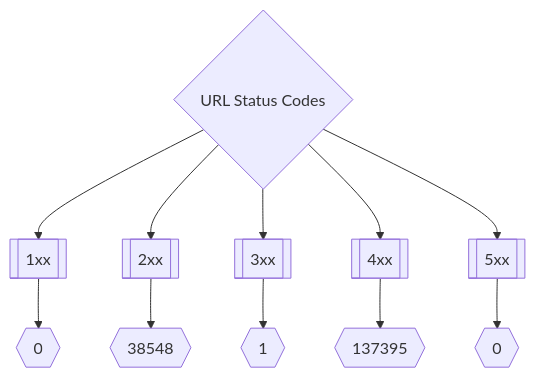
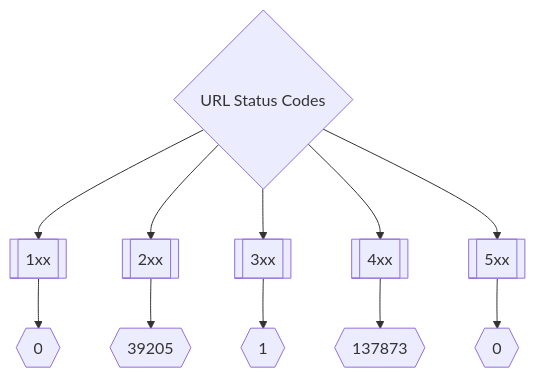
One commit to trickest/inventory changed the second of 3 diagrams in README.md. Above: the diagram before and after it, drawn with Mermaid. The commit also changed other lines of this file, not shown here.

Commit message:
Update Fri Mar 18 07:14:36 UTC 2022

````diff
--- a/README.md
+++ b/README.md
@@ -173,8 +173,8 @@
 ```mermaid
 graph TD
 title{URL Status Codes} --> 1xx[[1xx]] --> status1xxNum{{0}}
-title --> 2xx[[2xx]] --> status2xxNum{{38548}}
+title --> 2xx[[2xx]] --> status2xxNum{{39205}}
 title --> 3xx[[3xx]] --> status3xxNum{{1}}
-title --> 4xx[[4xx]] --> status4xxNum{{137395}}
+title --> 4xx[[4xx]] --> status4xxNum{{137873}}
 title --> 5xx[[5xx]] --> status5xxNum{{0}}
 ```
````
